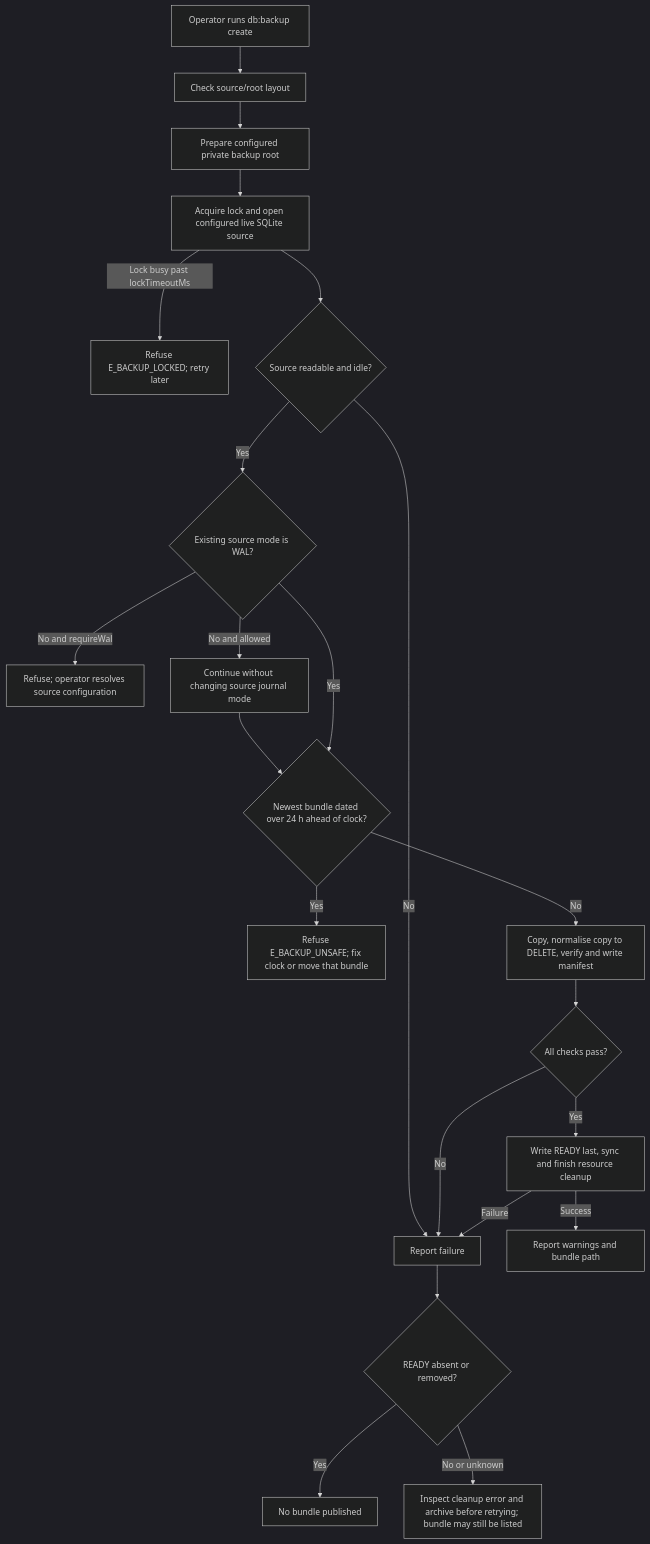
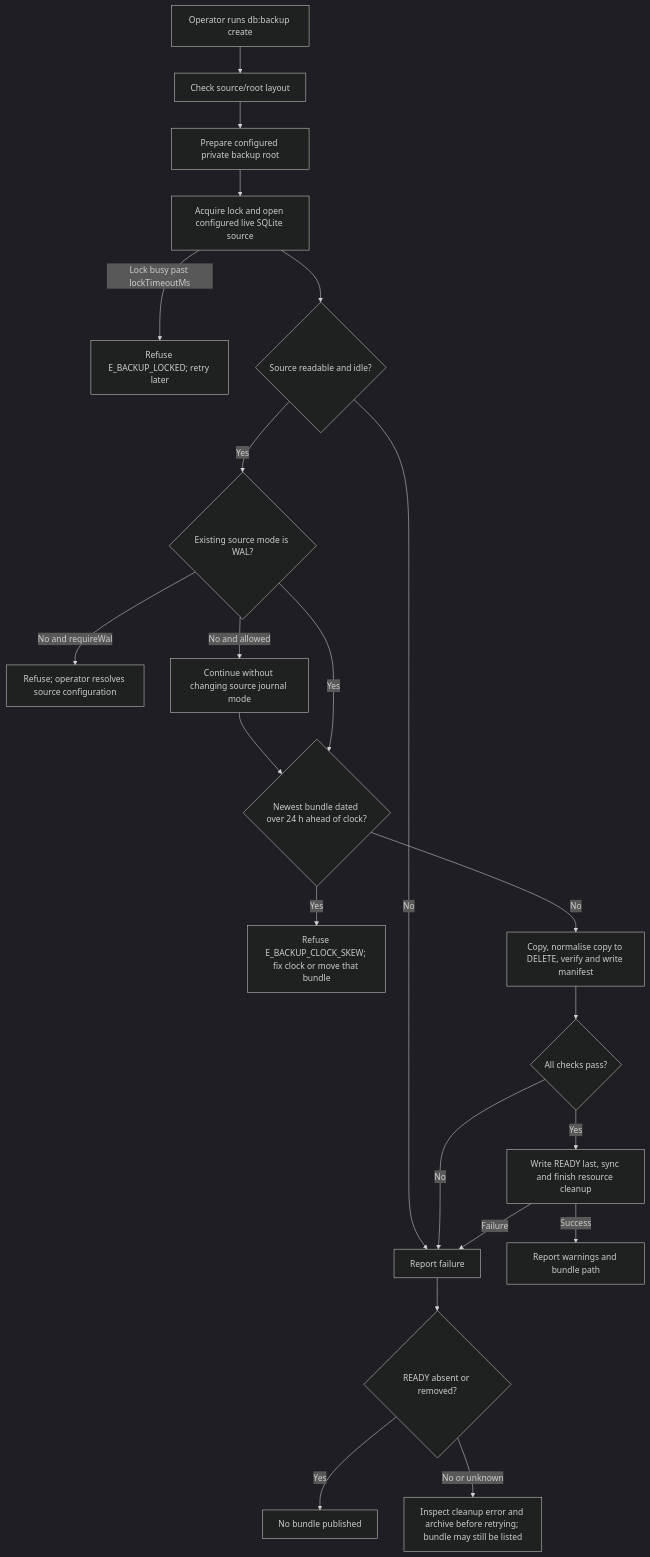
Before and after one commit to Kevinjohn/oss-adonisjs-sqlite-backup: the first of 2 diagrams in user-stories/create-bundle/us-op-01-create-bundle.md, drawn with Mermaid (dark theme). The commit also changed other lines of this file and 35 other files, not shown here.

````diff
--- a/user-stories/create-bundle/us-op-01-create-bundle.md
+++ b/user-stories/create-bundle/us-op-01-create-bundle.md
@@ -26,24 +26,24 @@
 ```mermaid
 flowchart TD
     A["Operator runs db:backup create"] --> P["Check source/root layout"]
     P --> B["Prepare configured private backup root"]
     B --> C["Acquire lock and open configured live SQLite source"]
     C -->|Lock busy past lockTimeoutMs| X["Refuse E_BACKUP_LOCKED; retry later"]
     C --> O{"Source readable and idle?"}
     O -->|No| F
     O -->|Yes| J{"Existing source mode is WAL?"}
     J -->|No and requireWal| K["Refuse; operator resolves source configuration"]
     J -->|No and allowed| L["Continue without changing source journal mode"]
     L --> Y{"Newest bundle dated over 24 h ahead of clock?"}
     J -->|Yes| Y
-    Y -->|Yes| Z["Refuse E_BACKUP_UNSAFE; fix clock or move that bundle"]
+    Y -->|Yes| Z["Refuse E_BACKUP_CLOCK_SKEW; fix clock or move that bundle"]
     Y -->|No| D["Copy, normalise copy to DELETE, verify and write manifest"]
     D --> E{"All checks pass?"}
     E -->|No| F["Report failure"]
     E -->|Yes| G["Write READY last, sync and finish resource cleanup"]
     G -->|Success| H["Report warnings and bundle path"]
     G -->|Failure| F
     F --> T{"READY absent or removed?"}
     T -->|Yes| U["No bundle published"]
     T -->|No or unknown| V["Inspect cleanup error and archive before retrying; bundle may still be listed"]
 ```
````
